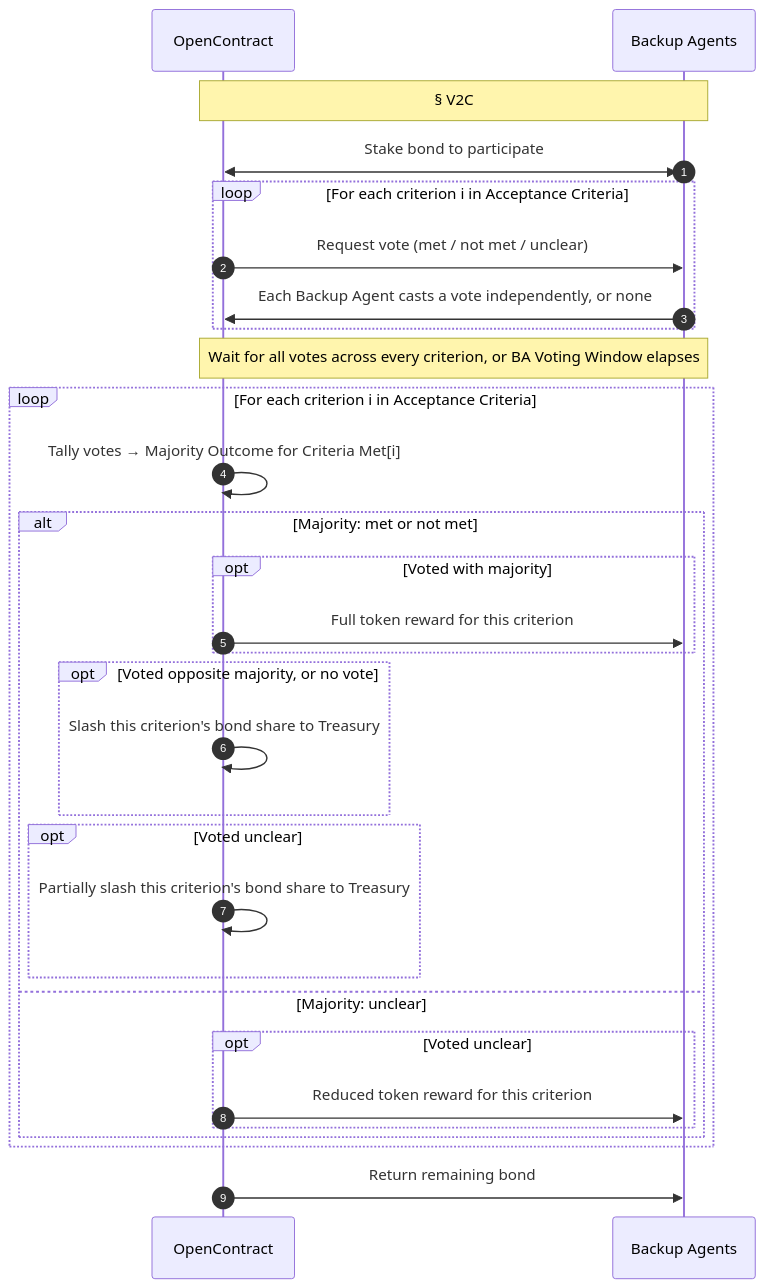
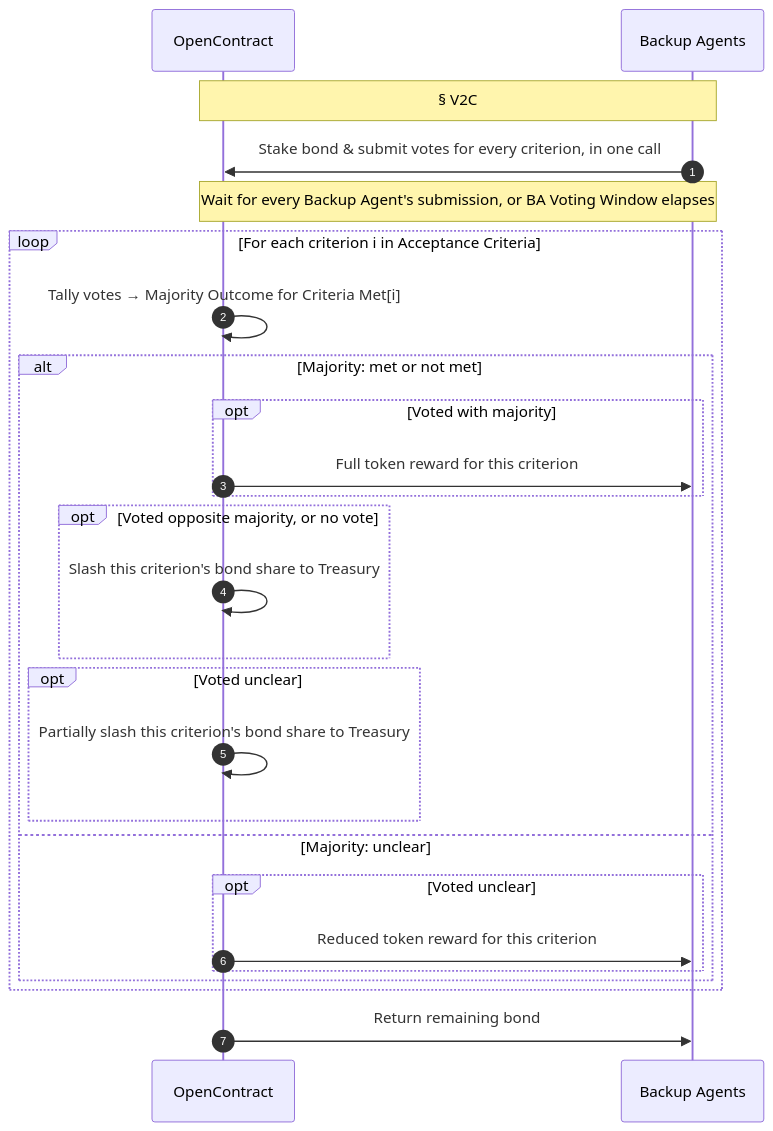
One commit to ronming1303/open-contract changed the diagram in docs/core-concepts/consensus.mdx. Above: the diagram before and after it, drawn with Mermaid. The commit also changed other lines of this file and 7 other files, not shown here.

First line of the commit message:
Add Accept Contract endpoint, BA Recruit Count param, and combined vote+stake submission

````diff
--- a/docs/core-concepts/consensus.mdx
+++ b/docs/core-concepts/consensus.mdx
@@ -36,37 +36,32 @@
 ```mermaid
 sequenceDiagram
     autonumber
     participant OC as OpenContract
     participant BA as Backup Agents
 
     Note over OC,BA: § V2C
-    BA<<->>OC: Stake bond to participate
+    BA->>OC: Stake bond & submit votes for every criterion, in one call
 
-    loop For each criterion i in Acceptance Criteria
-        OC->>BA: Request vote (met / not met / unclear)
-        BA->>OC: Each Backup Agent casts a vote independently, or none
-    end
-
-    Note over OC,BA: Wait for all votes across every criterion, or BA Voting Window elapses
+    Note over OC,BA: Wait for every Backup Agent's submission, or BA Voting Window elapses
 
     loop For each criterion i in Acceptance Criteria
         OC->>OC: Tally votes → Majority Outcome for Criteria Met[i]
         alt Majority: met or not met
             opt Voted with majority
                 OC->>BA: Full token reward for this criterion
             end
             opt Voted opposite majority, or no vote
                 OC->>OC: Slash this criterion's bond share to Treasury
             end
             opt Voted unclear
                 OC->>OC: Partially slash this criterion's bond share to Treasury
             end
         else Majority: unclear
             opt Voted unclear
                 OC->>BA: Reduced token reward for this criterion
             end
         end
     end
 
     OC->>BA: Return remaining bond
 ```
````
